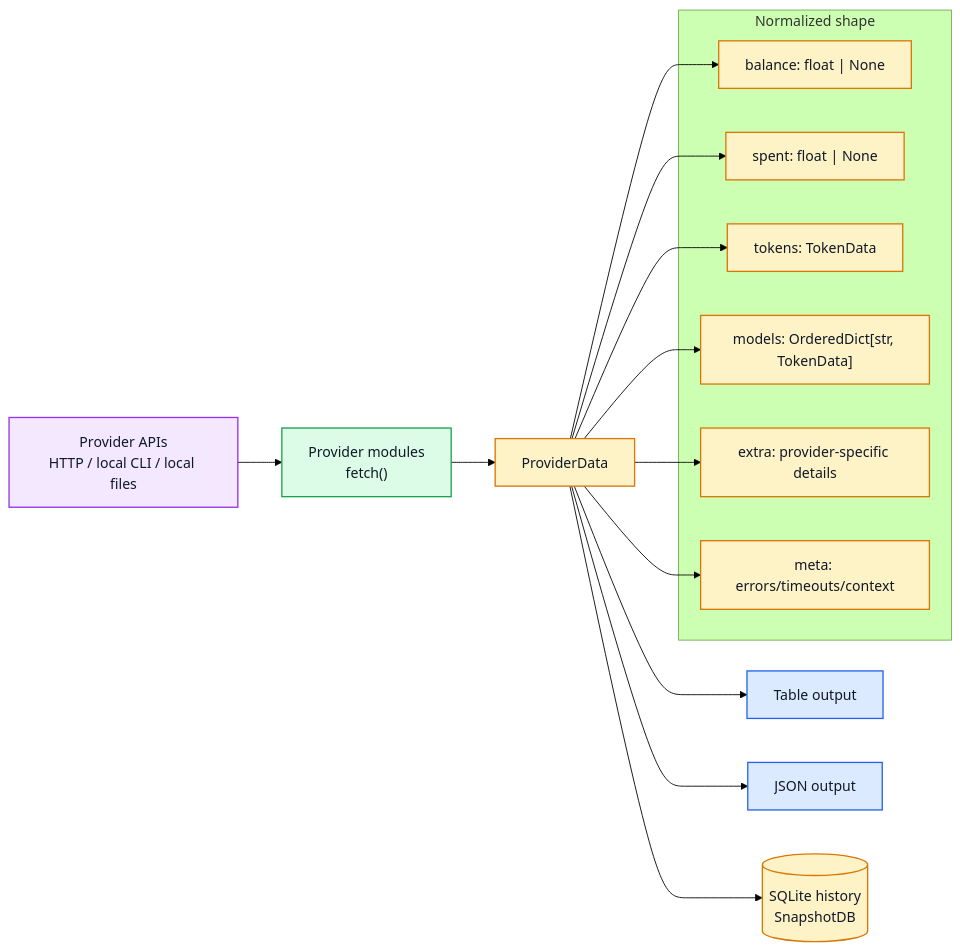
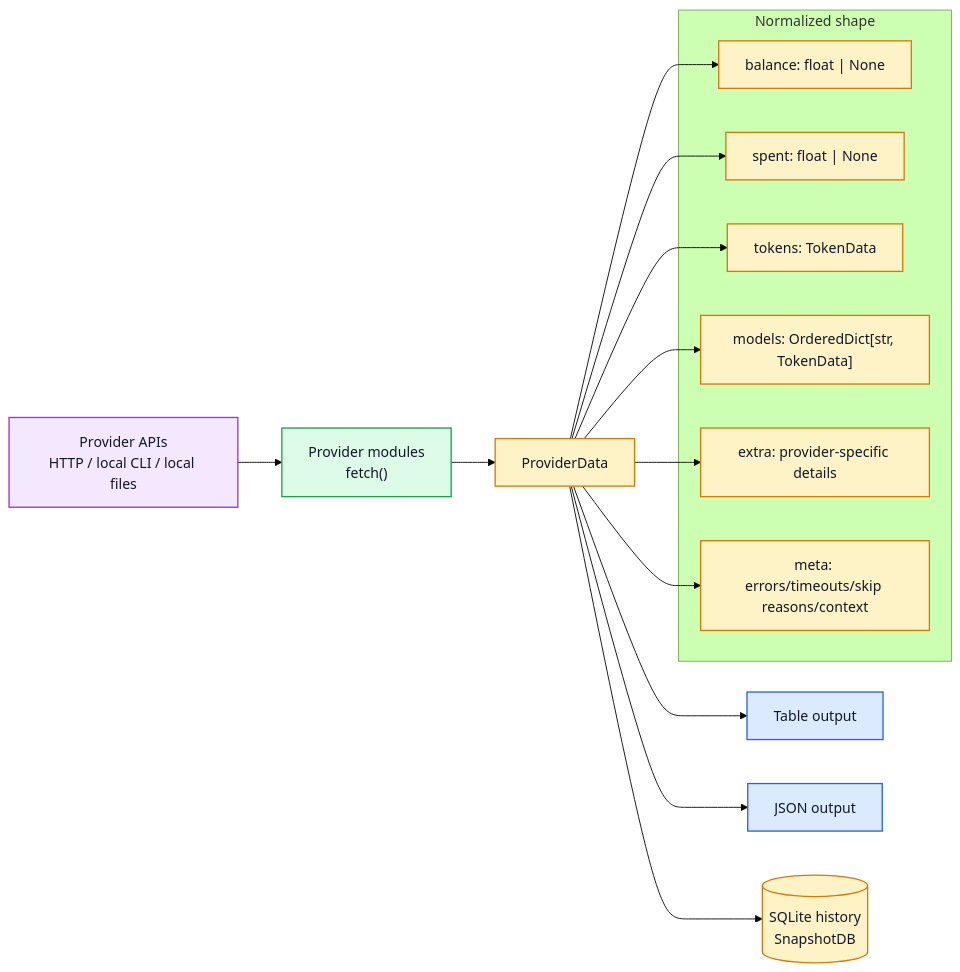
One commit to michaelnicks0/ai-usage changed the first of 3 diagrams in docs/data-architecture.md. Above: the diagram before and after it, drawn with Mermaid (forest theme). The commit also changed other lines of this file and 10 other files, not shown here.

````diff
--- a/docs/data-architecture.md
+++ b/docs/data-architecture.md
@@ -14,29 +14,29 @@
 ```mermaid
 flowchart LR
     providerApis["Provider APIs<br/>HTTP / local CLI / local files"]:::external --> providerModules["Provider modules<br/>fetch()"]:::process
     providerModules --> providerData["ProviderData"]:::datastore
     providerData --> tableOutput["Table output"]:::actor
     providerData --> jsonOutput["JSON output"]:::actor
     providerData --> snapshotDb[("SQLite history<br/>SnapshotDB")]:::datastore
 
     subgraph normalizedShape["Normalized shape"]
         balance["balance: float | None"]:::datastore
         spent["spent: float | None"]:::datastore
         tokens["tokens: TokenData"]:::datastore
         models["models: OrderedDict[str, TokenData]"]:::datastore
         extra["extra: provider-specific details"]:::datastore
-        meta["meta: errors/timeouts/context"]:::datastore
+        meta["meta: errors/timeouts/skip reasons/context"]:::datastore
     end
 
     providerData --> balance
     providerData --> spent
     providerData --> tokens
     providerData --> models
     providerData --> extra
     providerData --> meta
 
     classDef actor fill:#dbeafe,stroke:#2563eb,color:#111827,stroke-width:1.5px;
     classDef process fill:#dcfce7,stroke:#16a34a,color:#111827,stroke-width:1.5px;
     classDef datastore fill:#fef3c7,stroke:#d97706,color:#111827,stroke-width:1.5px;
     classDef external fill:#f3e8ff,stroke:#9333ea,color:#111827,stroke-width:1.5px;
 ```
````
